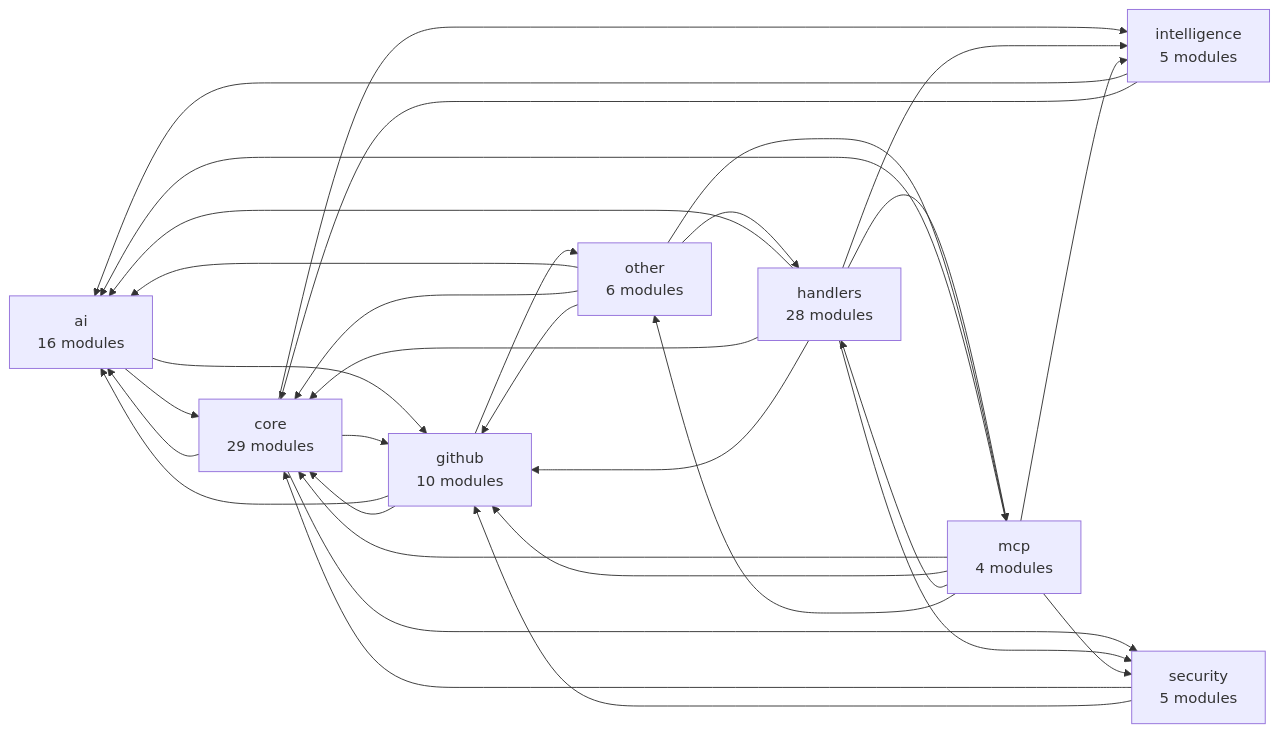
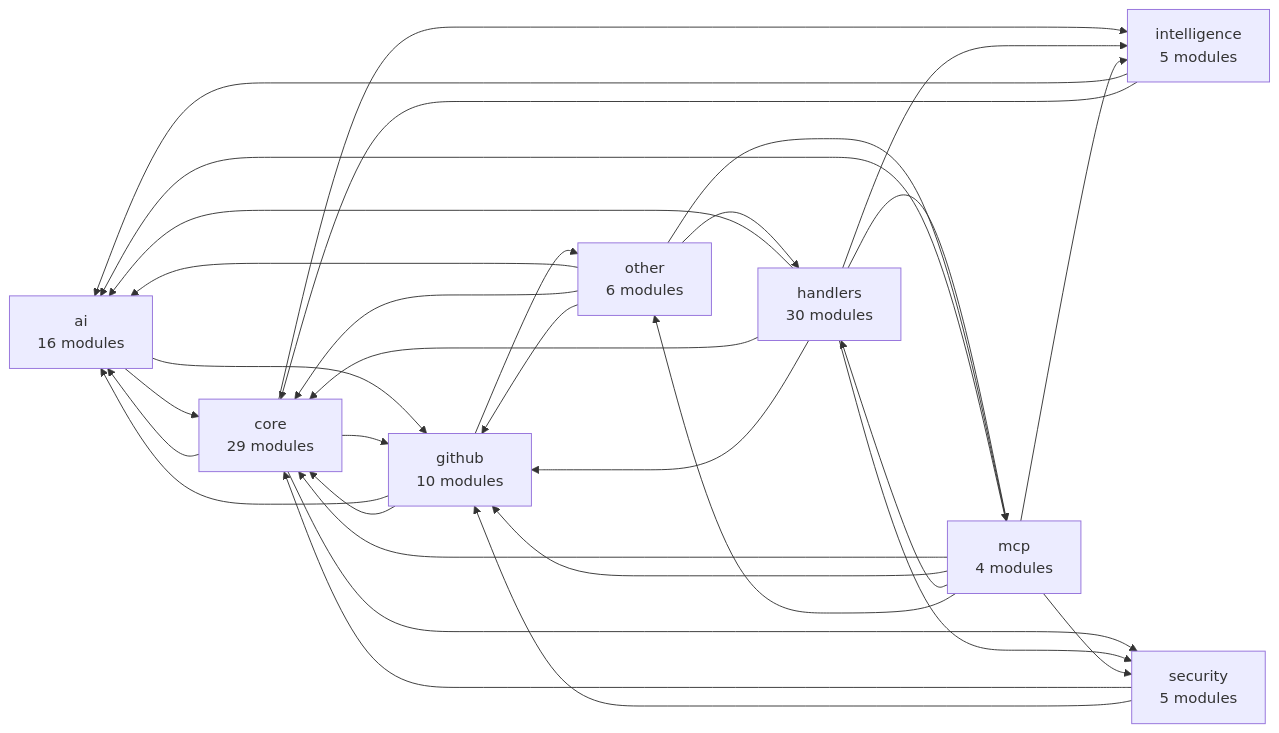
Before and after one commit to Shweta-Mishra-ai/github-autopilot: the second of 2 diagrams in README.md, drawn with Mermaid. The commit also changed other lines of this file and 15 other files, not shown here.

````diff
--- a/README.md
+++ b/README.md
@@ -408,42 +408,42 @@
 ```mermaid
 graph LR
     ai["ai<br/>16 modules"]
     core["core<br/>29 modules"]
     github["github<br/>10 modules"]
-    handlers["handlers<br/>28 modules"]
+    handlers["handlers<br/>30 modules"]
     intelligence["intelligence<br/>5 modules"]
     mcp["mcp<br/>4 modules"]
     other["other<br/>6 modules"]
     security["security<br/>5 modules"]
     ai --> core
     ai --> github
     core --> ai
     core --> github
     core --> intelligence
     core --> security
     github --> ai
     github --> core
     github --> other
     handlers --> ai
     handlers --> core
     handlers --> github
     handlers --> intelligence
     handlers --> mcp
     handlers --> security
     intelligence --> ai
     intelligence --> core
     mcp --> ai
     mcp --> core
     mcp --> github
     mcp --> handlers
     mcp --> intelligence
     mcp --> other
     mcp --> security
     other --> ai
     other --> core
     other --> github
     other --> handlers
     other --> mcp
     security --> core
     security --> github
 ```
````
